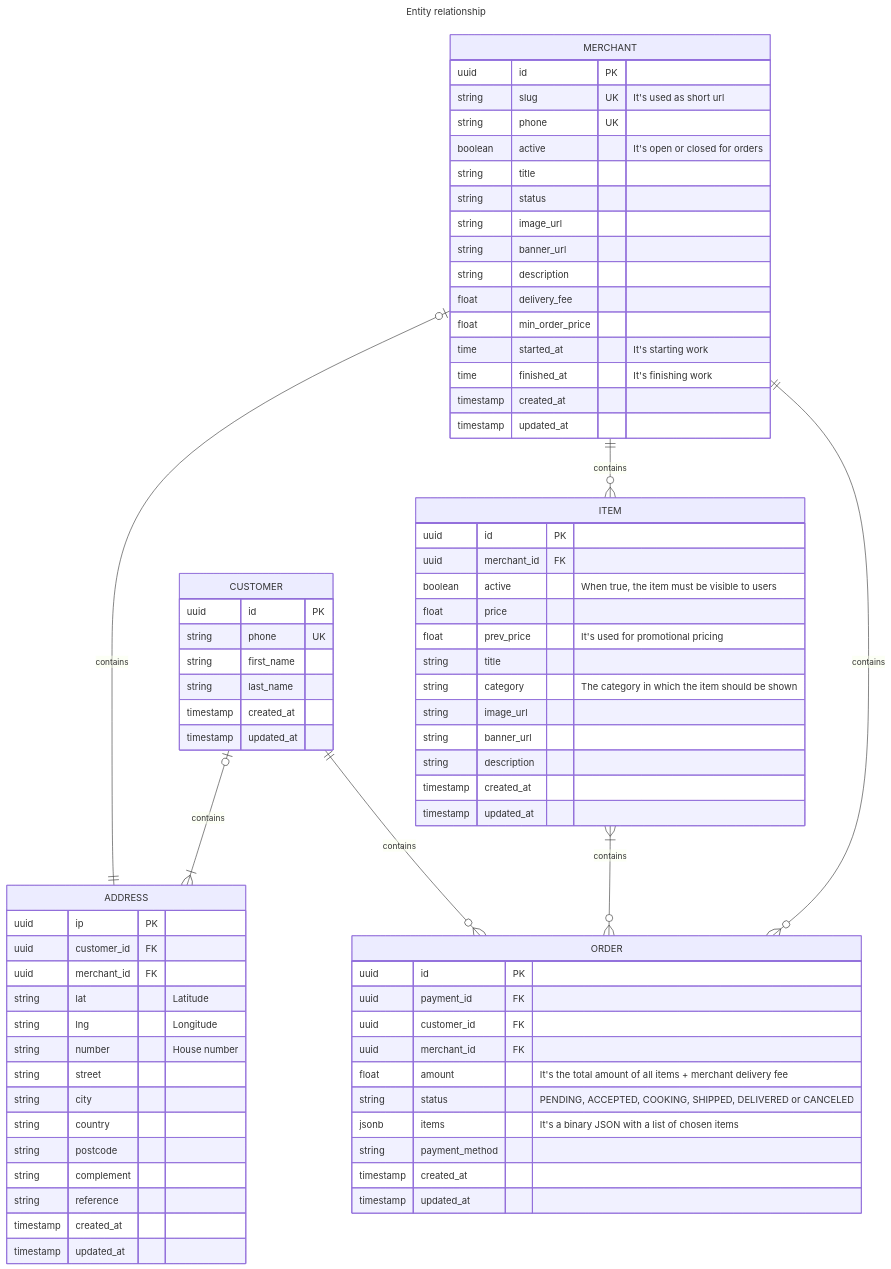
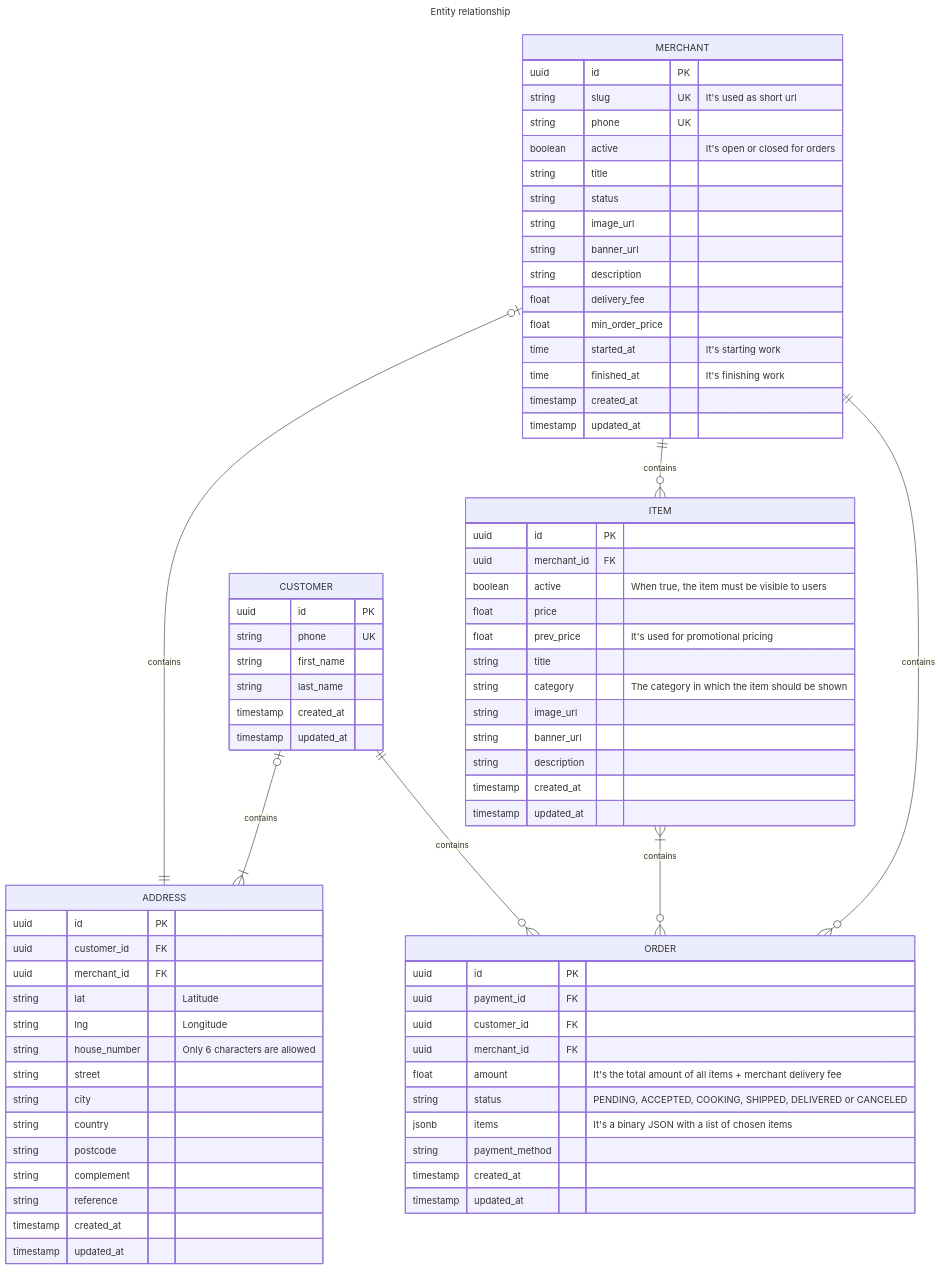
One commit to Daniel0liver/easymenu changed the diagram in docs/entity–relationship.md. Above: the diagram before and after it, drawn with Mermaid. The commit also changed 2 other files, not shown here.

Commit message:
feat(migration): create address migrations

```diff
--- a/docs/entity–relationship.md
+++ b/docs/entity–relationship.md
@@ -13,12 +13,12 @@
   }
 
   ADDRESS {
-    uuid      ip            PK
+    uuid      id            PK
     uuid      customer_id   FK
     uuid      merchant_id   FK
     string    lat               "Latitude"
     string    lng               "Longitude"
-    string    number            "House number"
+    string    house_number      "Only 6 characters are allowed"
     string    street      
     string    city        
     string    country     
```
